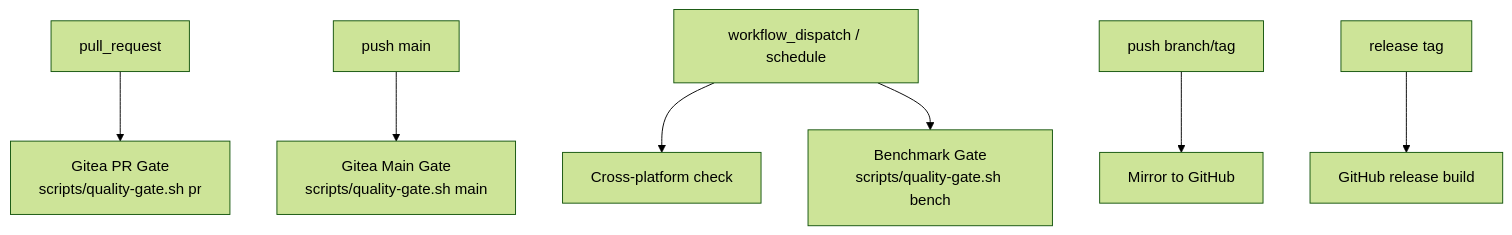
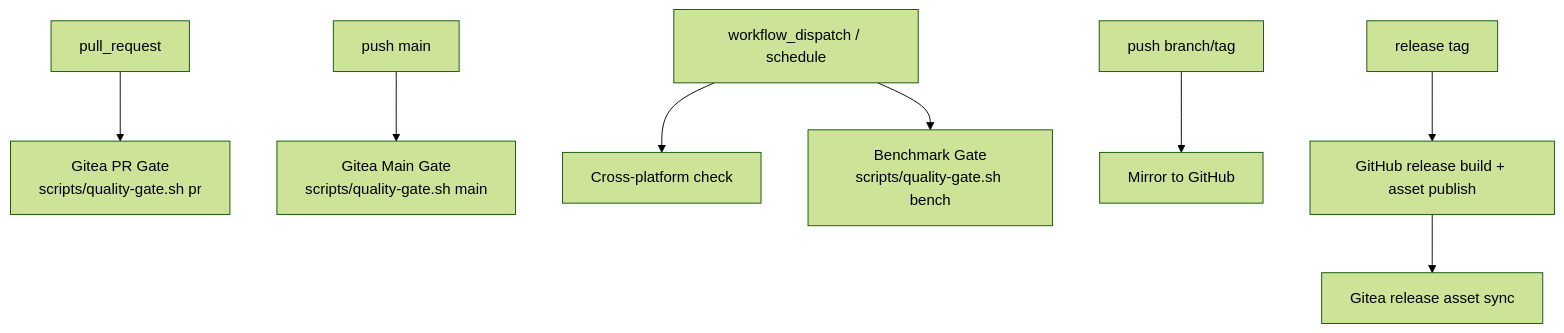
One commit to mars167/code-search-cli changed the second of 2 diagrams in docs/03-quality.md. Above: the diagram before and after it, drawn with Mermaid (forest theme). The commit also changed other lines of this file and 3 other files, not shown here.

Commit message:
ci: publish release assets automatically

````diff
--- a/docs/03-quality.md
+++ b/docs/03-quality.md
@@ -42,9 +42,10 @@
 ```mermaid
 flowchart TB
   PR["pull_request"] --> PrGate["Gitea PR Gate\nscripts/quality-gate.sh pr"]
   Main["push main"] --> MainGate["Gitea Main Gate\nscripts/quality-gate.sh main"]
   Manual["workflow_dispatch / schedule"] --> Cross["Cross-platform check"]
   Manual --> BenchJob["Benchmark Gate\nscripts/quality-gate.sh bench"]
   AnyPush["push branch/tag"] --> Mirror["Mirror to GitHub"]
-  Tag["release tag"] --> Release["GitHub release build"]
+  Tag["release tag"] --> Release["GitHub release build + asset publish"]
+  Release --> Sync["Gitea release asset sync"]
 ```
````
